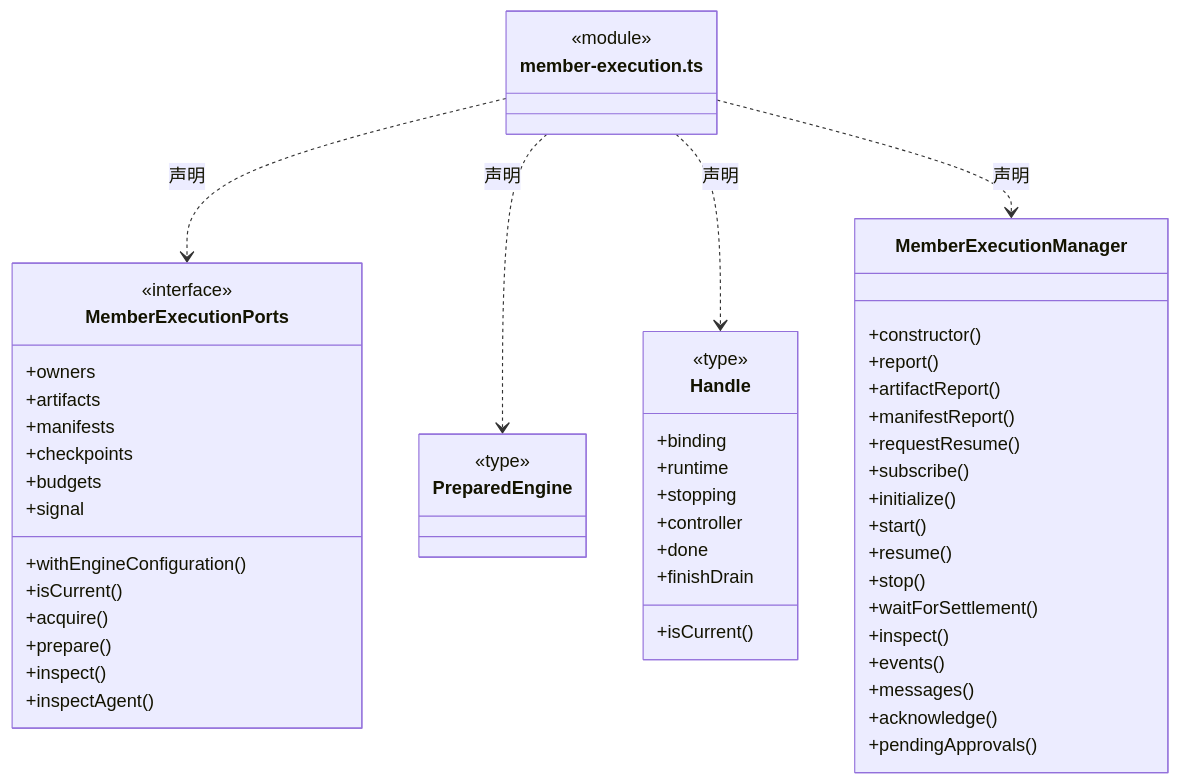
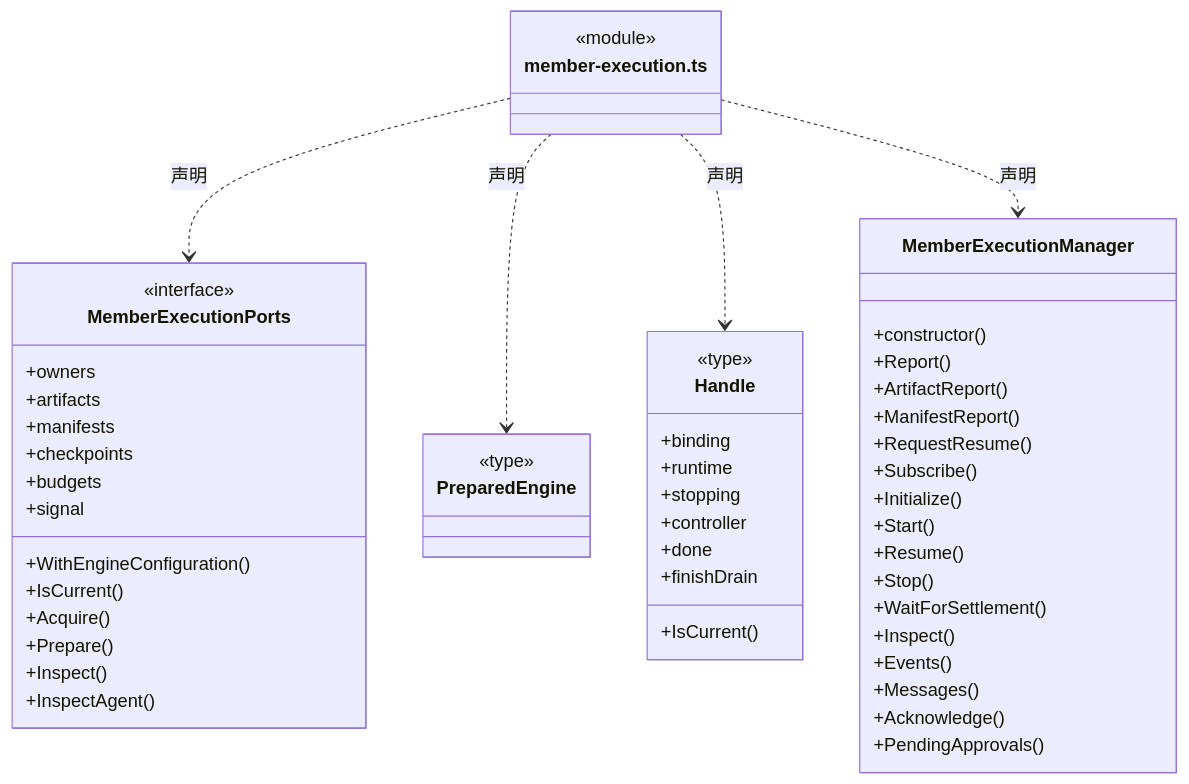
Before and after one commit to nan023062/cbim: the fifth of 16 diagrams in src/logic/team/runtime/ARCHITECTURE.md, drawn with Mermaid. The commit also changed other lines of this file and 1035 other files, not shown here.

````diff
--- a/src/logic/team/runtime/ARCHITECTURE.md
+++ b/src/logic/team/runtime/ARCHITECTURE.md
@@ -101,57 +101,57 @@
 ```mermaid
 classDiagram
 class N_src_logic_team_runtime_member_execution_ts["member-execution.ts"] {
   <<module>>
 }
 class N_src_logic_team_runtime_member_execution_ts_MemberExecutionPorts["MemberExecutionPorts"] {
   <<interface>>
   +owners
-  +withEngineConfiguration()
+  +WithEngineConfiguration()
   +artifacts
   +manifests
   +checkpoints
   +budgets
-  +isCurrent()
+  +IsCurrent()
   +signal
-  +acquire()
-  +prepare()
-  +inspect()
-  +inspectAgent()
+  +Acquire()
+  +Prepare()
+  +Inspect()
+  +InspectAgent()
 }
 N_src_logic_team_runtime_member_execution_ts ..> N_src_logic_team_runtime_member_execution_ts_MemberExecutionPorts : 声明
 class N_src_logic_team_runtime_member_execution_ts_PreparedEngine["PreparedEngine"] {
   <<type>>
 
 }
 N_src_logic_team_runtime_member_execution_ts ..> N_src_logic_team_runtime_member_execution_ts_PreparedEngine : 声明
 class N_src_logic_team_runtime_member_execution_ts_Handle["Handle"] {
   <<type>>
   +binding
   +runtime
   +stopping
-  +isCurrent()
+  +IsCurrent()
   +controller
   +done
   +finishDrain
 }
 N_src_logic_team_runtime_member_execution_ts ..> N_src_logic_team_runtime_member_execution_ts_Handle : 声明
 class N_src_logic_team_runtime_member_execution_ts_MemberExecutionManager["MemberExecutionManager"] {
   +constructor()
-  +report()
-  +artifactReport()
-  +manifestReport()
-  +requestResume()
-  +subscribe()
-  +initialize()
-  +start()
-  +resume()
-  +stop()
-  +waitForSettlement()
-  +inspect()
-  +events()
-  +messages()
-  +acknowledge()
-  +pendingApprovals()
+  +Report()
+  +ArtifactReport()
+  +ManifestReport()
+  +RequestResume()
+  +Subscribe()
+  +Initialize()
+  +Start()
+  +Resume()
+  +Stop()
+  +WaitForSettlement()
+  +Inspect()
+  +Events()
+  +Messages()
+  +Acknowledge()
+  +PendingApprovals()
 }
 N_src_logic_team_runtime_member_execution_ts ..> N_src_logic_team_runtime_member_execution_ts_MemberExecutionManager : 声明
 ```
````
